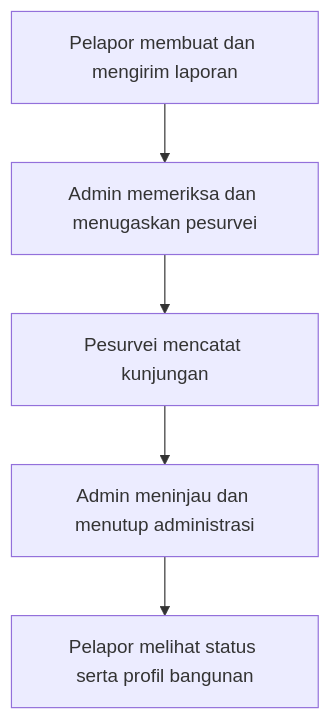
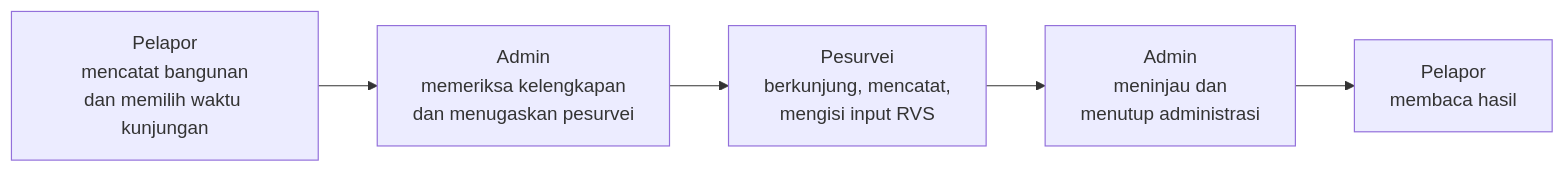
The diagram in README.md (rkthooriq/SeismoPass), drawn with Mermaid before and after one commit. The commit also changed other lines of this file and 10 other files, not shown here.

````diff
--- a/README.md
+++ b/README.md
@@ -144,7 +13,7 @@
 ```mermaid
-flowchart TD
-  A[Pelapor membuat dan mengirim laporan] --> B[Admin memeriksa dan menugaskan pesurvei]
-  B --> C[Pesurvei mencatat kunjungan]
-  C --> D[Admin meninjau dan menutup administrasi]
-  D --> E[Pelapor melihat status serta profil bangunan]
+flowchart LR
+  A[Pelapor<br/>mencatat bangunan<br/>dan memilih waktu kunjungan] --> B[Admin<br/>memeriksa kelengkapan<br/>dan menugaskan pesurvei]
+  B --> C[Pesurvei<br/>berkunjung, mencatat,<br/>mengisi input RVS]
+  C --> D[Admin<br/>meninjau dan<br/>menutup administrasi]
+  D --> E[Pelapor<br/>membaca hasil]
 ```
````
